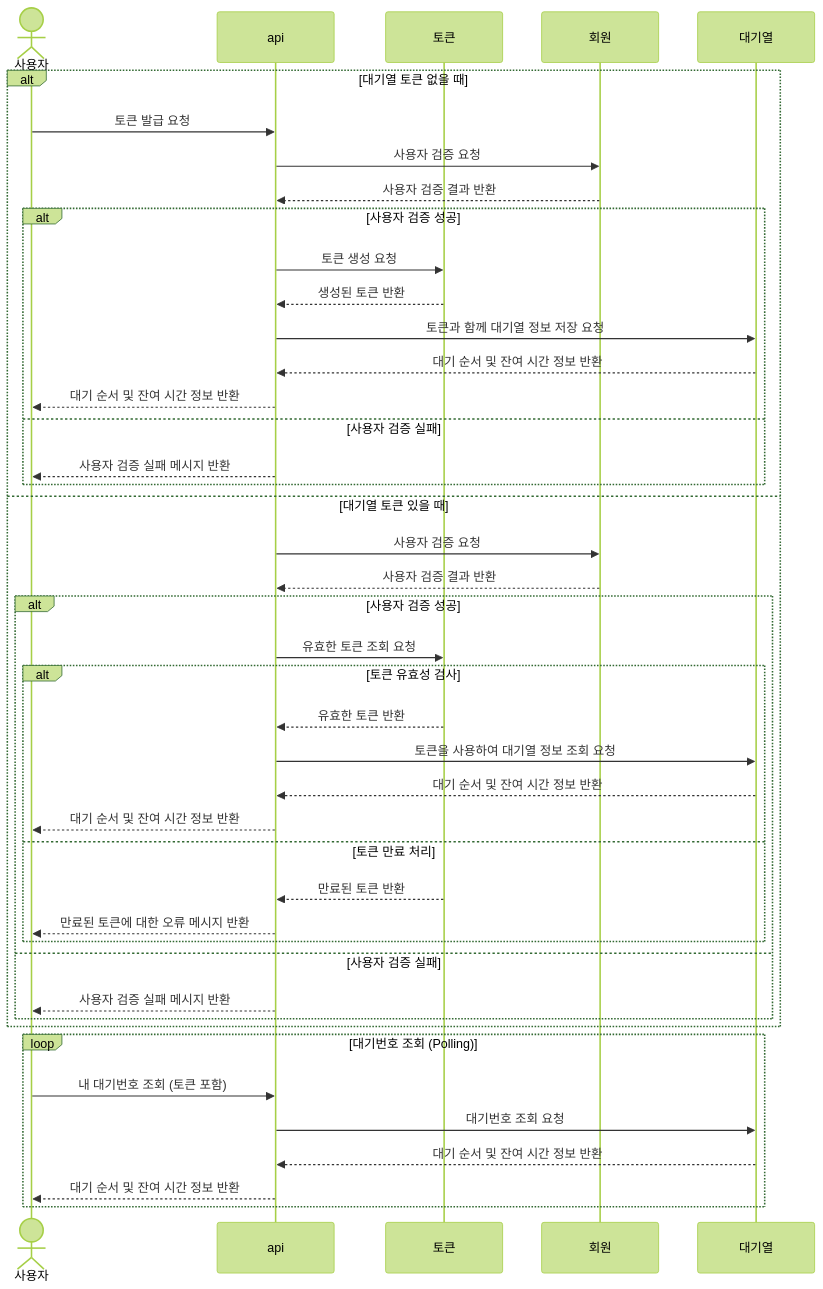
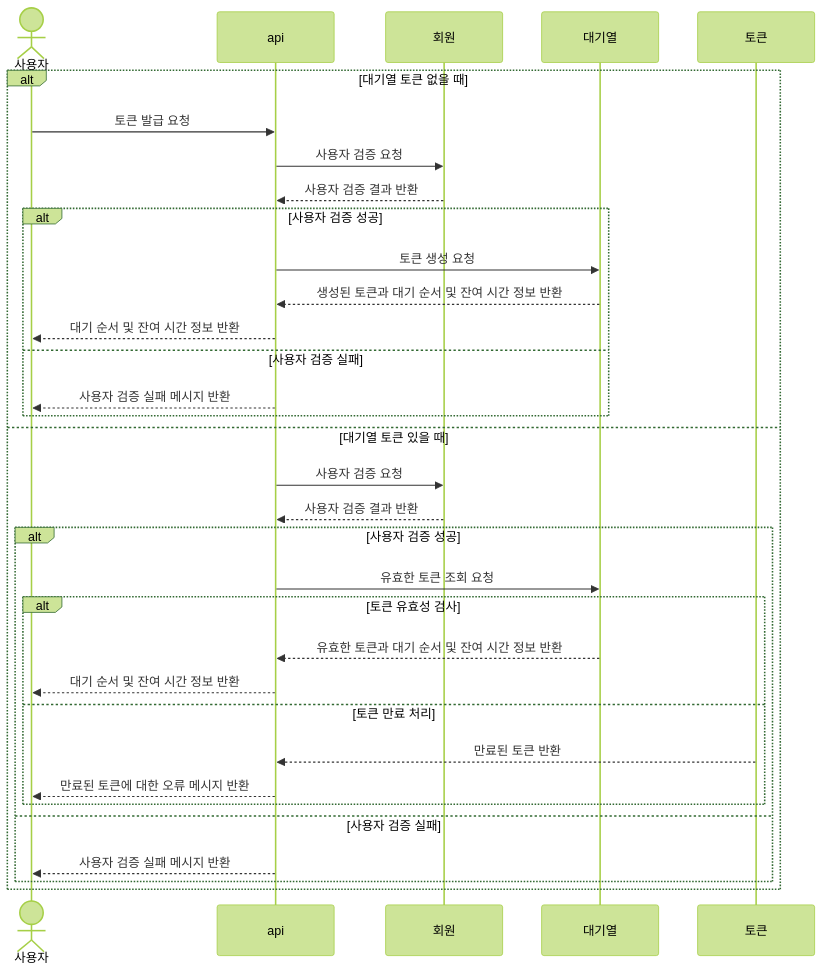
The first of 8 diagrams in docs/시퀀스다이어그램.md (seungwontech/hhplus-concert-week3-5), drawn with Mermaid (forest theme) before and after one commit. The commit also changed other lines of this file, not shown here.

Commit message:
refactor: 시퀀스 다이어그램 수정 - 토큰 노드를 대기열 노드로 통일 - 대기열번호 조회(Polling) 분리

````diff
--- a/docs/시퀀스다이어그램.md
+++ b/docs/시퀀스다이어그램.md
@@ -4,47 +4,36 @@
 ```mermaid
 sequenceDiagram
     actor 사용자
     participant api
-    participant 토큰
     participant 회원
     participant 대기열
 
     alt 대기열 토큰 없을 때
         사용자 ->> api: 토큰 발급 요청
         api ->> 회원: 사용자 검증 요청
         회원 -->> api: 사용자 검증 결과 반환
         alt 사용자 검증 성공
-            api ->> 토큰: 토큰 생성 요청
-            토큰 -->> api: 생성된 토큰 반환
-            api ->> 대기열: 토큰과 함께 대기열 정보 저장 요청
-            대기열 -->> api: 대기 순서 및 잔여 시간 정보 반환
+            api ->> 대기열: 토큰 생성 요청
+            대기열 -->> api: 생성된 토큰과 대기 순서 및 잔여 시간 정보 반환
             api -->> 사용자: 대기 순서 및 잔여 시간 정보 반환
         else 사용자 검증 실패
             api -->> 사용자: 사용자 검증 실패 메시지 반환
         end
     else 대기열 토큰 있을 때
         api ->> 회원: 사용자 검증 요청
         회원 -->> api: 사용자 검증 결과 반환
         alt 사용자 검증 성공
-            api ->> 토큰: 유효한 토큰 조회 요청
+            api ->> 대기열: 유효한 토큰 조회 요청
             alt 토큰 유효성 검사
-                토큰 -->> api: 유효한 토큰 반환
-                api ->> 대기열: 토큰을 사용하여 대기열 정보 조회 요청
-                대기열 -->> api: 대기 순서 및 잔여 시간 정보 반환
+                대기열 -->> api: 유효한 토큰과 대기 순서 및 잔여 시간 정보 반환
                 api -->> 사용자: 대기 순서 및 잔여 시간 정보 반환
             else 토큰 만료 처리
                 토큰 -->> api: 만료된 토큰 반환
                 api -->> 사용자: 만료된 토큰에 대한 오류 메시지 반환
             end
         else 사용자 검증 실패
             api -->> 사용자: 사용자 검증 실패 메시지 반환
         end
     end
 
-    loop 대기번호 조회 (Polling)
-        사용자 ->> api: 내 대기번호 조회 (토큰 포함)
-        api ->> 대기열: 대기번호 조회 요청
-        대기열 -->> api: 대기 순서 및 잔여 시간 정보 반환
-        api -->> 사용자: 대기 순서 및 잔여 시간 정보 반환
-    end
 ```
````
